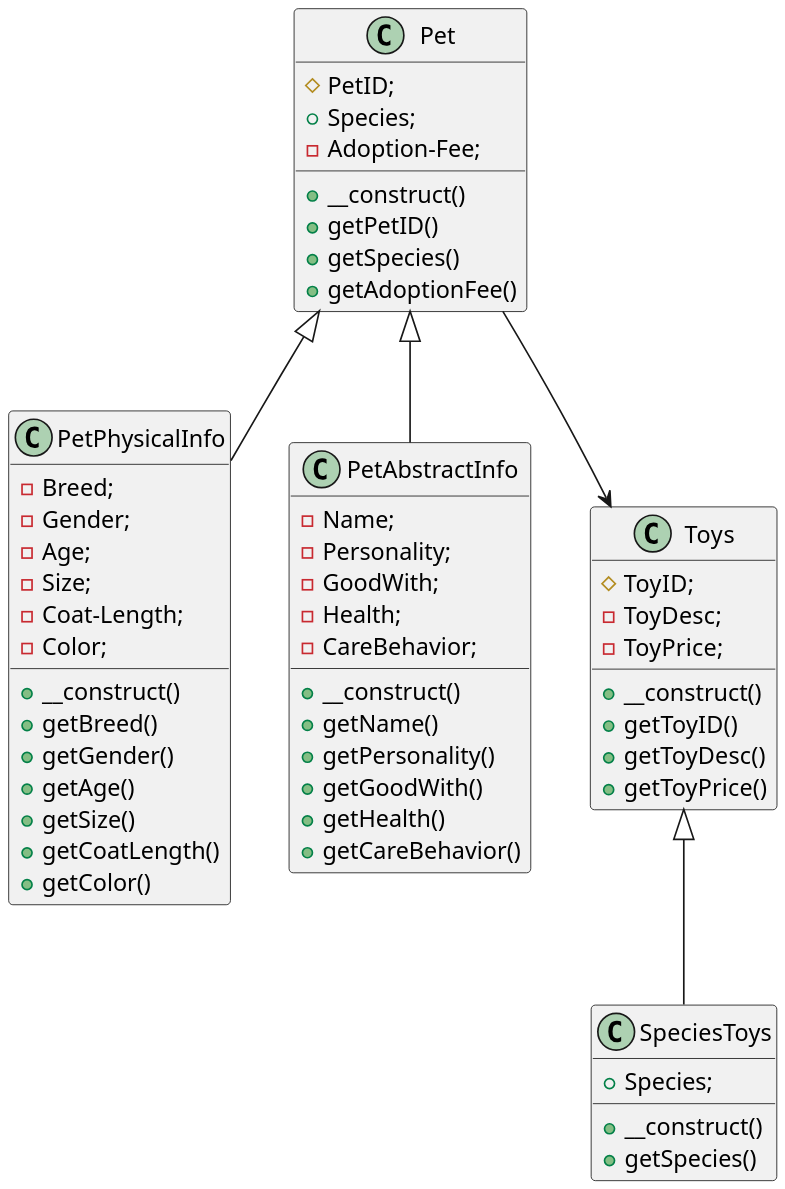
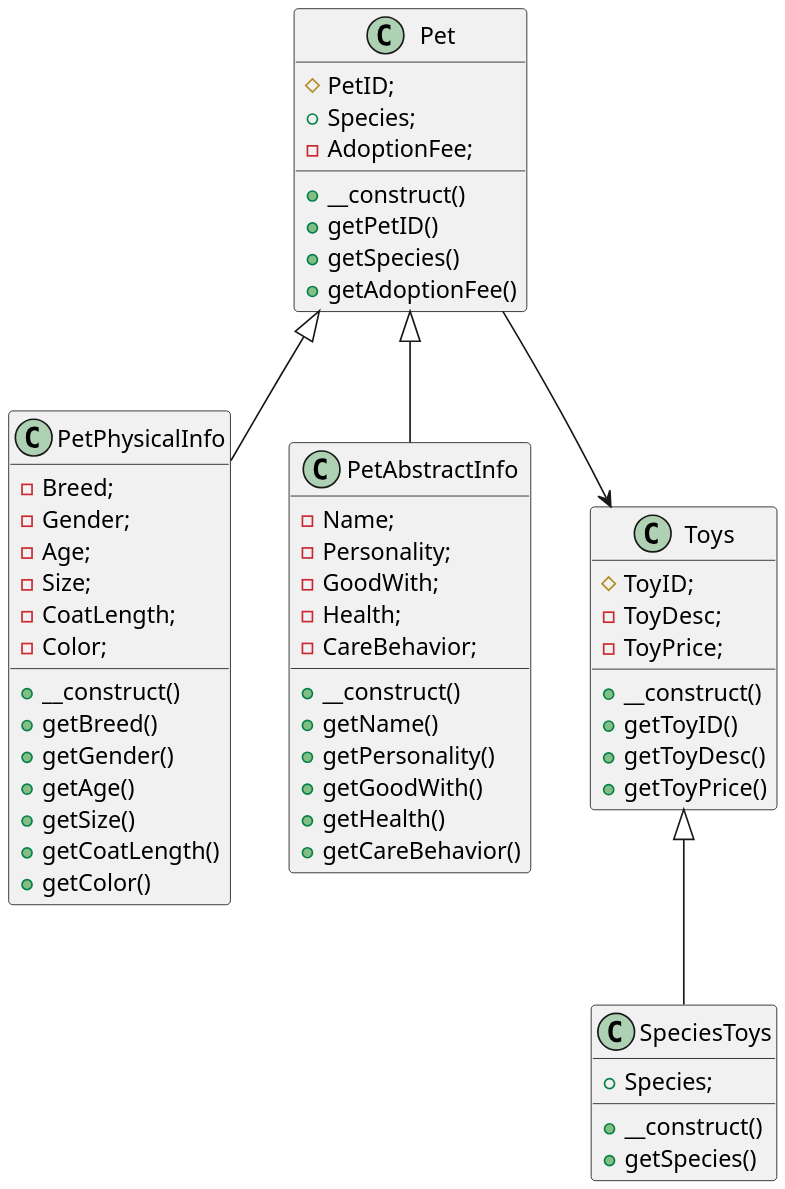
Before and after one commit to whoisjuarez/block3-adv-web: the diagram in project-1/pet-store.puml, drawn with PlantUML.

Commit message:
little corrections

```diff
--- a/project-1/pet-store.puml
+++ b/project-1/pet-store.puml
@@ -1,68 +1,68 @@
 @startuml Pet Adoption
 
 scale 1000 width
 
 class Pet {
    #PetID;
    +Species;
-   -Adoption-Fee;
+   -AdoptionFee;
 
    +__construct()
    +getPetID()
    +getSpecies()
    +getAdoptionFee()
 }
 
 class PetPhysicalInfo extends Pet{
    -Breed;
    -Gender;
    -Age;
    -Size;
-   -Coat-Length;
+   -CoatLength;
    -Color;
 
    +__construct()
    +getBreed()
    +getGender()
    +getAge()
    +getSize()
    +getCoatLength()
    +getColor()
 }
 
 class PetAbstractInfo extends Pet {
    -Name;
    -Personality;
    -GoodWith;
    -Health;
    -CareBehavior;
 
    +__construct()
    +getName()
    +getPersonality()
    +getGoodWith()
    +getHealth()
    +getCareBehavior()
 }
 
 class Toys {
    #ToyID;
    -ToyDesc;
    -ToyPrice;
 
    +__construct()
    +getToyID()
    +getToyDesc()
    +getToyPrice()
 }
 
 class SpeciesToys extends Toys {
    +Species;
 
    +__construct()
    +getSpecies()
 }
 
 Pet --> Toys
 
 @enduml
```
